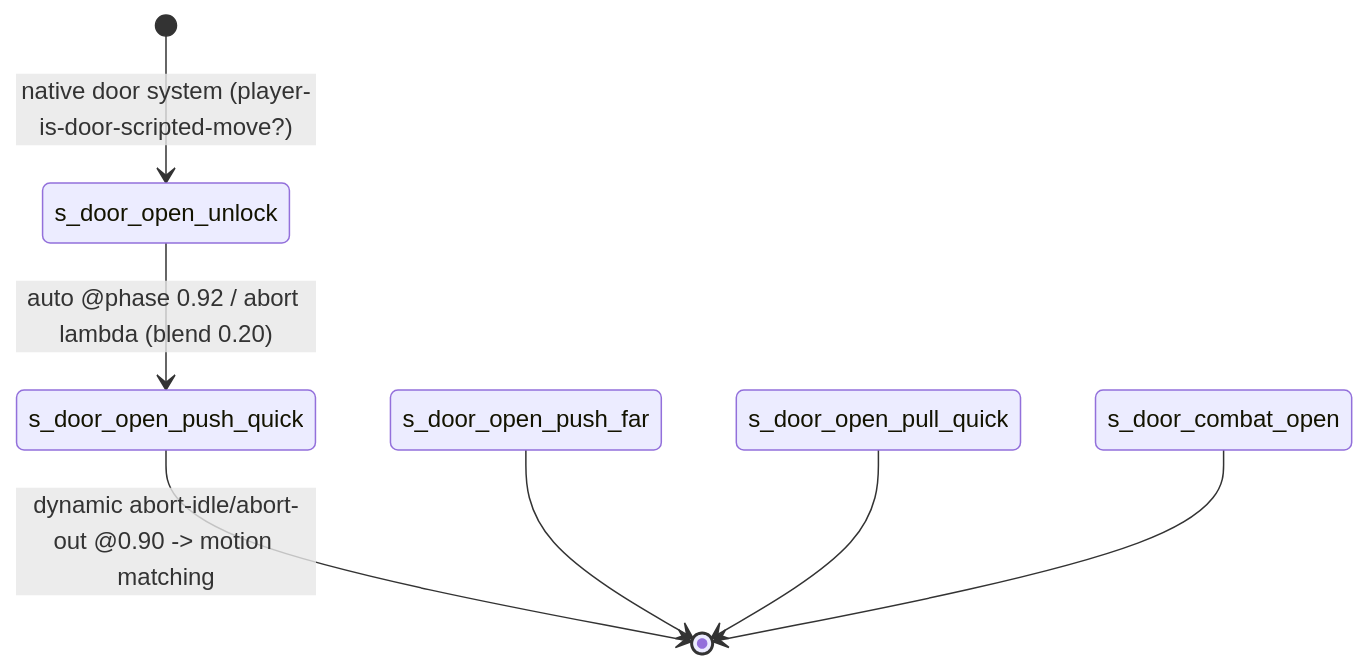
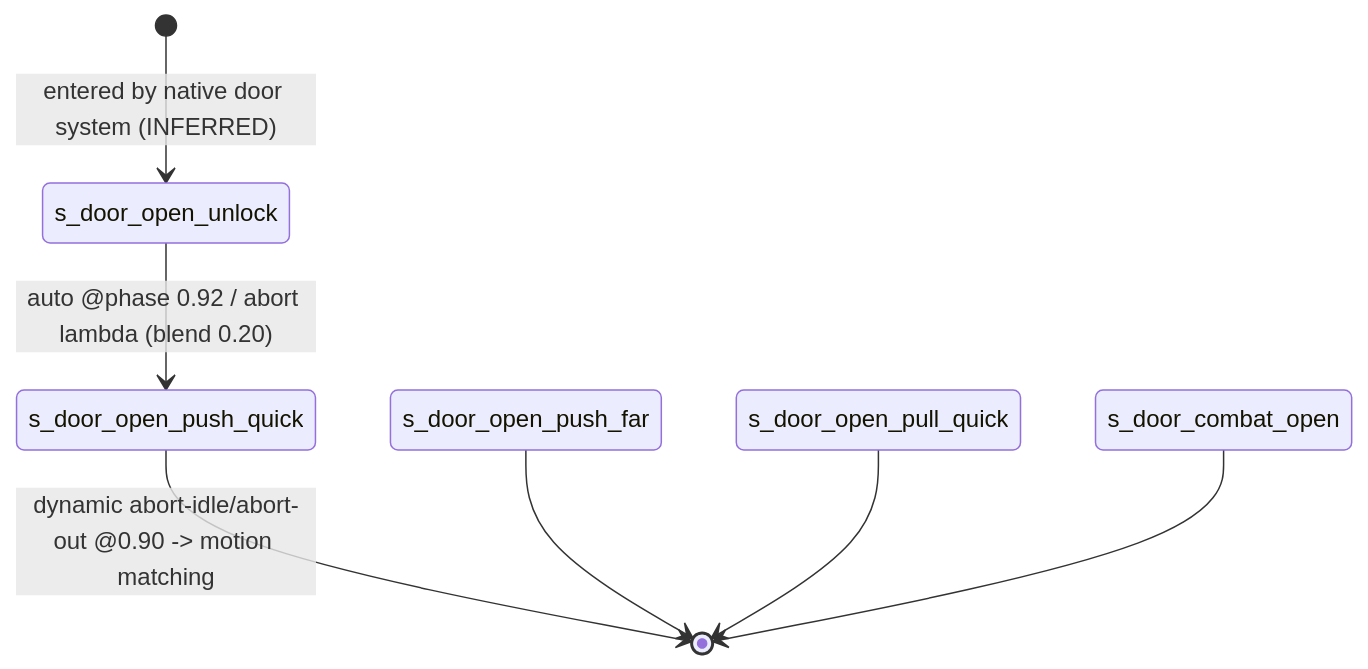
Before and after one commit to mylife-as-miles/Three-Bedroom-: the first of 3 diagrams in systems/animation/README.md, drawn with Mermaid. The commit also changed other lines of this file and 2 other files, not shown here.

Commit message:
Workbench deep trace: state machines, world<->menu protocol, data schema, station template
Claude-Session: https://claude.ai/code/session_01VDRhuNJ9HQWVPYaybmy9br

````diff
--- a/systems/animation/README.md
+++ b/systems/animation/README.md
@@ -42,9 +42,9 @@
 ```mermaid
 stateDiagram-v2
-    [*] --> s_door_open_unlock: native door system (player-is-door-scripted-move?)
+    [*] --> s_door_open_unlock: entered by native door system (INFERRED)
     s_door_open_unlock --> s_door_open_push_quick: auto @phase 0.92 / abort lambda (blend 0.20)
     s_door_open_push_quick --> [*]: dynamic abort-idle/abort-out @0.90 -> motion matching
     s_door_open_push_far --> [*]
     s_door_open_pull_quick --> [*]
     s_door_combat_open --> [*]
 ```
````
